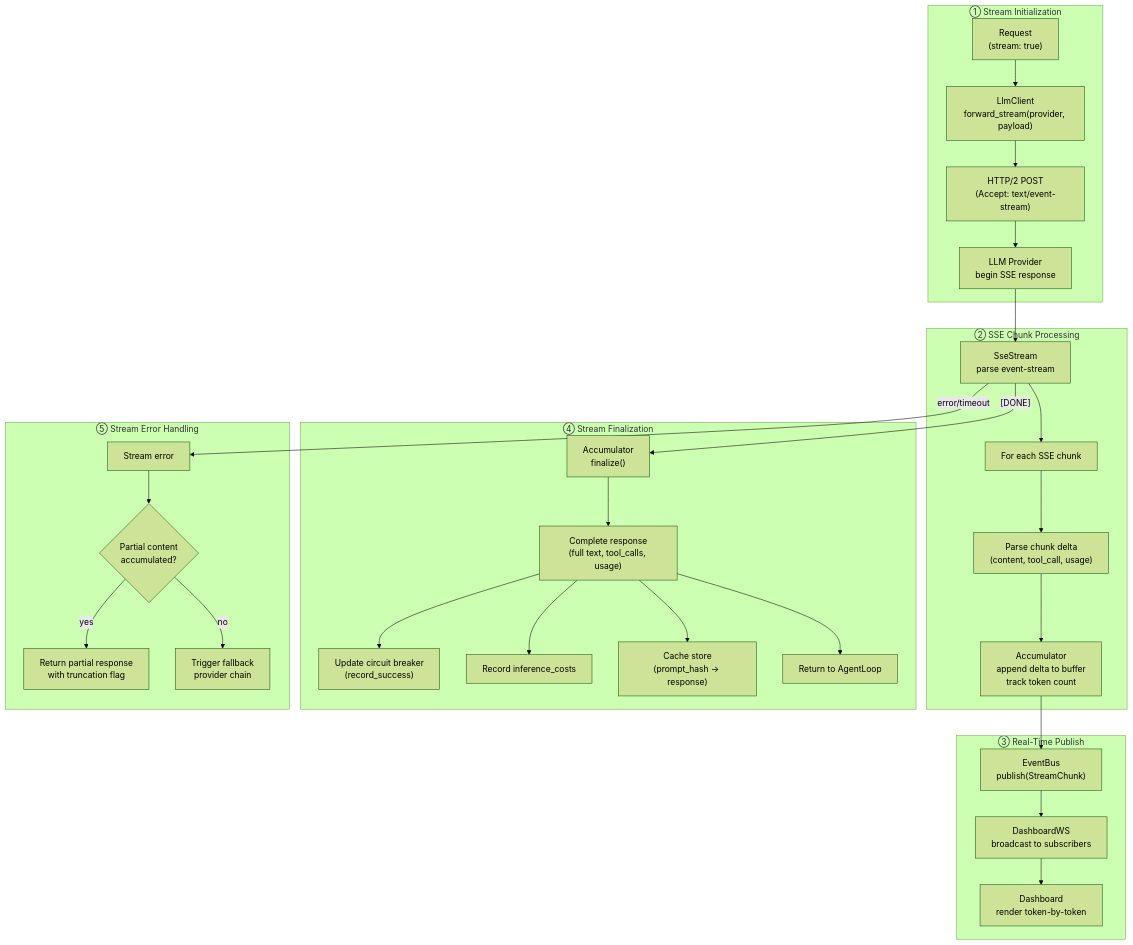
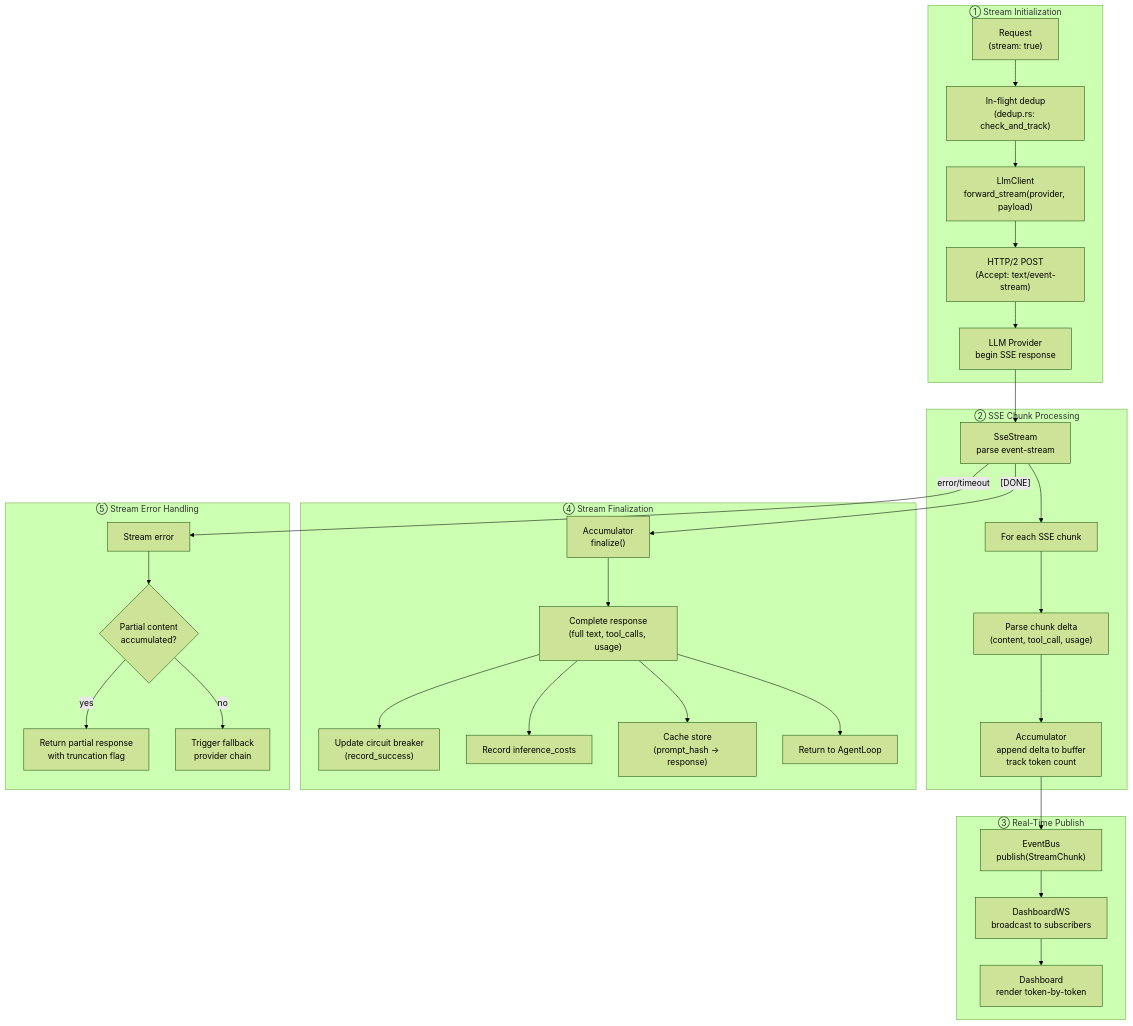
Diagram 16 of 21 in docs/architecture/ironclad-dataflow.md (robot-accomplice/ironclad), drawn with Mermaid (forest theme) before and after one commit. The commit also changed other lines of this file and 16 other files, not shown here.

First line of the commit message:
docs: remediate architecture drift — update all diagrams to v0.8.0

````diff
--- a/docs/architecture/ironclad-dataflow.md
+++ b/docs/architecture/ironclad-dataflow.md
@@ -813,38 +811,39 @@
 ```mermaid
 flowchart TD
     subgraph Init["① Stream Initialization"]
         REQ["Request<br/>(stream: true)"]
-        REQ --> CLIENT["LlmClient<br/>forward_stream(provider, payload)"]
+        REQ --> DEDUP_STREAM["In-flight dedup<br/>(dedup.rs: check_and_track)"]
+        DEDUP_STREAM --> CLIENT["LlmClient<br/>forward_stream(provider, payload)"]
         CLIENT --> HTTP2["HTTP/2 POST<br/>(Accept: text/event-stream)"]
         HTTP2 --> PROVIDER["LLM Provider<br/>begin SSE response"]
     end
 
     subgraph Chunks["② SSE Chunk Processing"]
         PROVIDER --> SSE["SseStream<br/>parse event-stream"]
         SSE --> CHUNK_LOOP["For each SSE chunk"]
         CHUNK_LOOP --> PARSE["Parse chunk delta<br/>(content, tool_call, usage)"]
         PARSE --> ACCUM["Accumulator<br/>append delta to buffer<br/>track token count"]
     end
 
     subgraph Publish["③ Real-Time Publish"]
         ACCUM --> BUS["EventBus<br/>publish(StreamChunk)"]
         BUS --> WS_CLIENTS["DashboardWS<br/>broadcast to subscribers"]
         WS_CLIENTS --> RENDER["Dashboard<br/>render token-by-token"]
     end
 
     subgraph Finalize["④ Stream Finalization"]
         SSE -->|"[DONE]"| FINAL["Accumulator<br/>finalize()"]
         FINAL --> FULL_RESP["Complete response<br/>(full text, tool_calls, usage)"]
         FULL_RESP --> BREAKER_OK["Update circuit breaker<br/>(record_success)"]
         FULL_RESP --> COST["Record inference_costs"]
         FULL_RESP --> CACHE_STORE["Cache store<br/>(prompt_hash → response)"]
         FULL_RESP --> RETURN["Return to AgentLoop"]
     end
 
     subgraph Error["⑤ Stream Error Handling"]
         SSE -->|error/timeout| STREAM_ERR["Stream error"]
         STREAM_ERR --> PARTIAL{"Partial content<br/>accumulated?"}
         PARTIAL -->|yes| USE_PARTIAL["Return partial response<br/>with truncation flag"]
         PARTIAL -->|no| FALLBACK["Trigger fallback<br/>provider chain"]
     end
 ```
````
